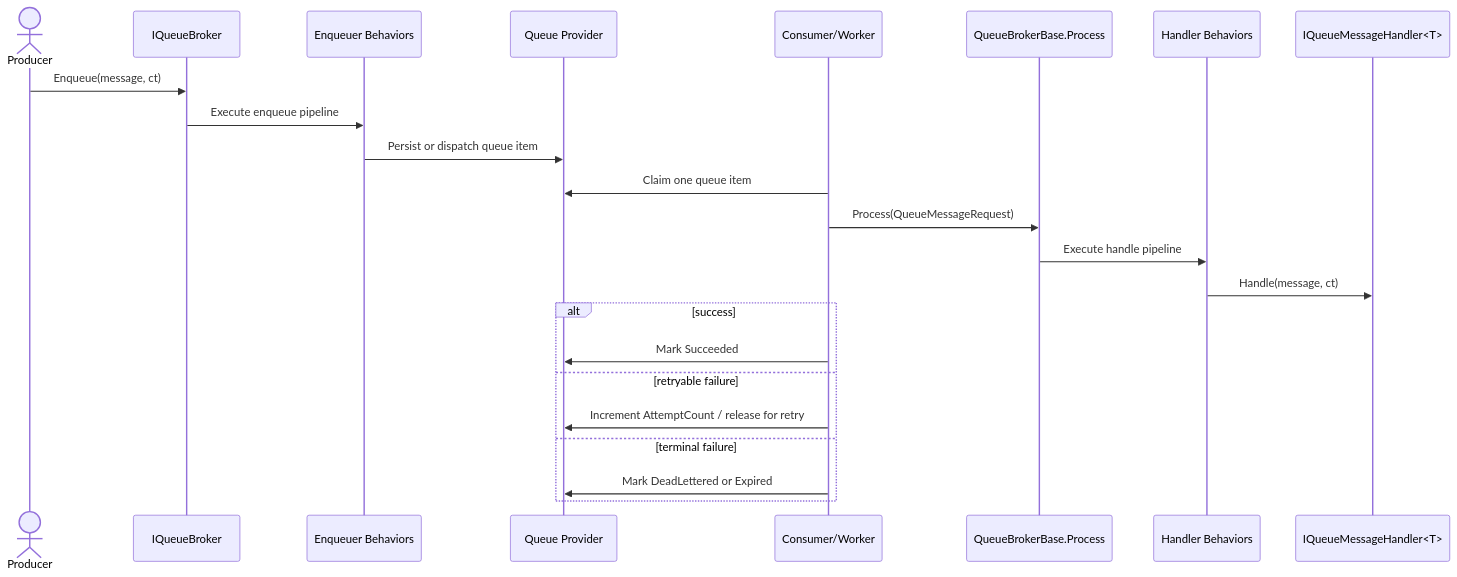
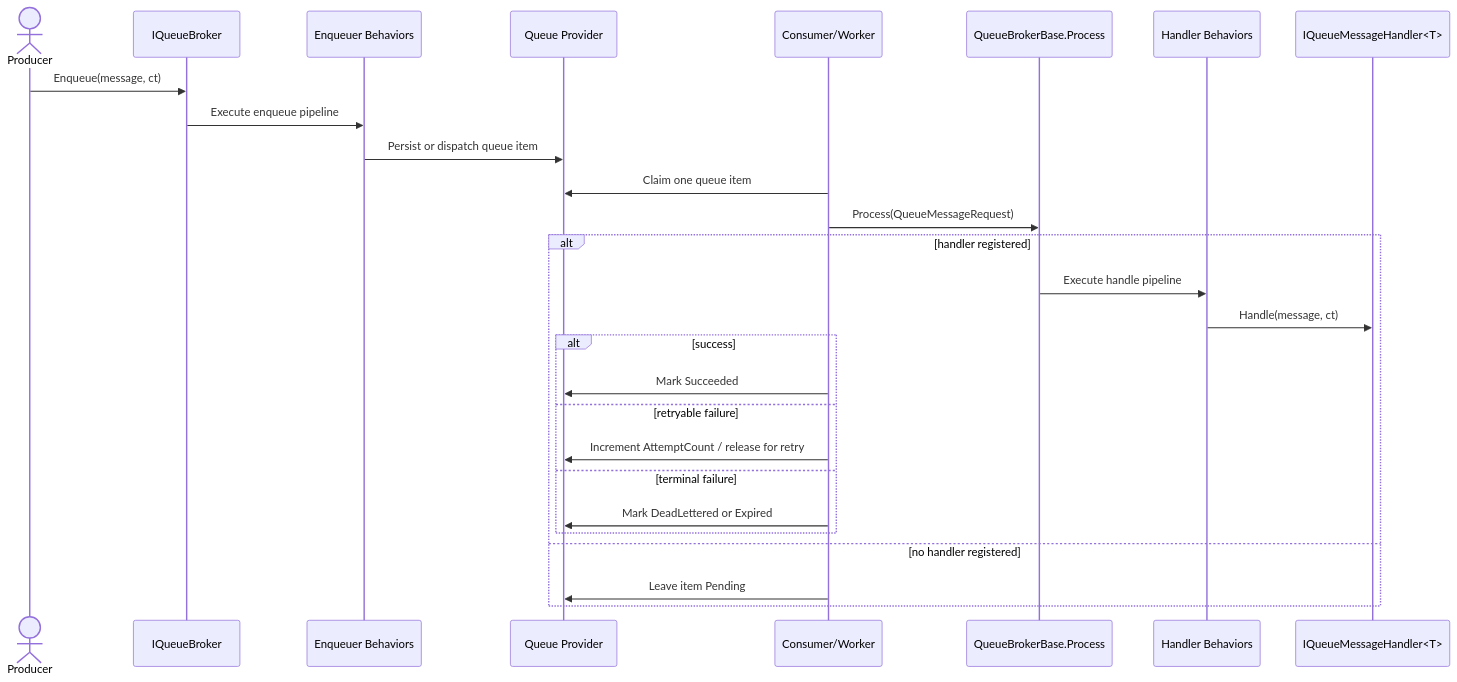
Before and after one commit to BridgingIT-GmbH/bITdevKit: the diagram in docs/designs/design-application-queueing-feature.md, drawn with Mermaid. The commit also changed other lines of this file and 2 other files, not shown here.

````diff
--- a/docs/designs/design-application-queueing-feature.md
+++ b/docs/designs/design-application-queueing-feature.md
@@ -150,26 +151,30 @@
 ```mermaid
 sequenceDiagram
     actor Producer
     participant Broker as IQueueBroker
     participant EnqBeh as Enqueuer Behaviors
     participant Provider as Queue Provider
     participant Worker as Consumer/Worker
     participant Proc as QueueBrokerBase.Process
     participant HandBeh as Handler Behaviors
     participant Handler as IQueueMessageHandler<T>
 
     Producer->>Broker: Enqueue(message, ct)
     Broker->>EnqBeh: Execute enqueue pipeline
     EnqBeh->>Provider: Persist or dispatch queue item
     Worker->>Provider: Claim one queue item
     Worker->>Proc: Process(QueueMessageRequest)
-    Proc->>HandBeh: Execute handle pipeline
-    HandBeh->>Handler: Handle(message, ct)
-    alt success
-        Worker->>Provider: Mark Succeeded
-    else retryable failure
-        Worker->>Provider: Increment AttemptCount / release for retry
-    else terminal failure
-        Worker->>Provider: Mark DeadLettered or Expired
+    alt handler registered
+        Proc->>HandBeh: Execute handle pipeline
+        HandBeh->>Handler: Handle(message, ct)
+        alt success
+            Worker->>Provider: Mark Succeeded
+        else retryable failure
+            Worker->>Provider: Increment AttemptCount / release for retry
+        else terminal failure
+            Worker->>Provider: Mark DeadLettered or Expired
+        end
+    else no handler registered
+        Worker->>Provider: Leave item Pending
     end
 ```
````
